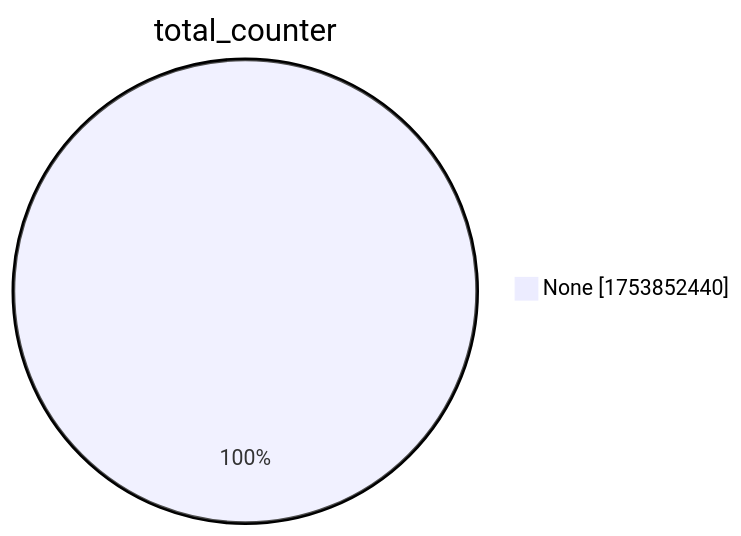
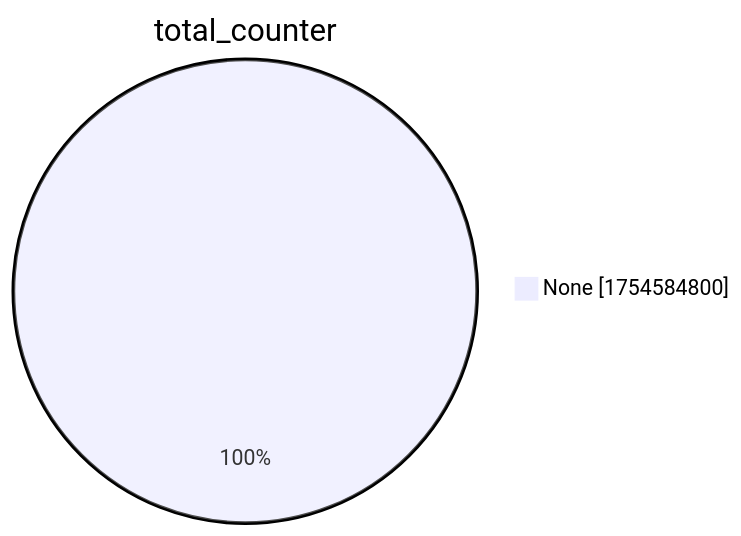
The second of 15 diagrams in xenon2022/README.md (christiankrug/ctmonitor_visualization), drawn with Mermaid before and after one commit. The commit also changed other lines of this file, not shown here.

````diff
--- a/xenon2022/README.md
+++ b/xenon2022/README.md
@@ -9,5 +9,5 @@
 ```mermaid
 pie showData
 title total_counter
-"None" :1753852440
+"None" :1754584800
 ```
````
